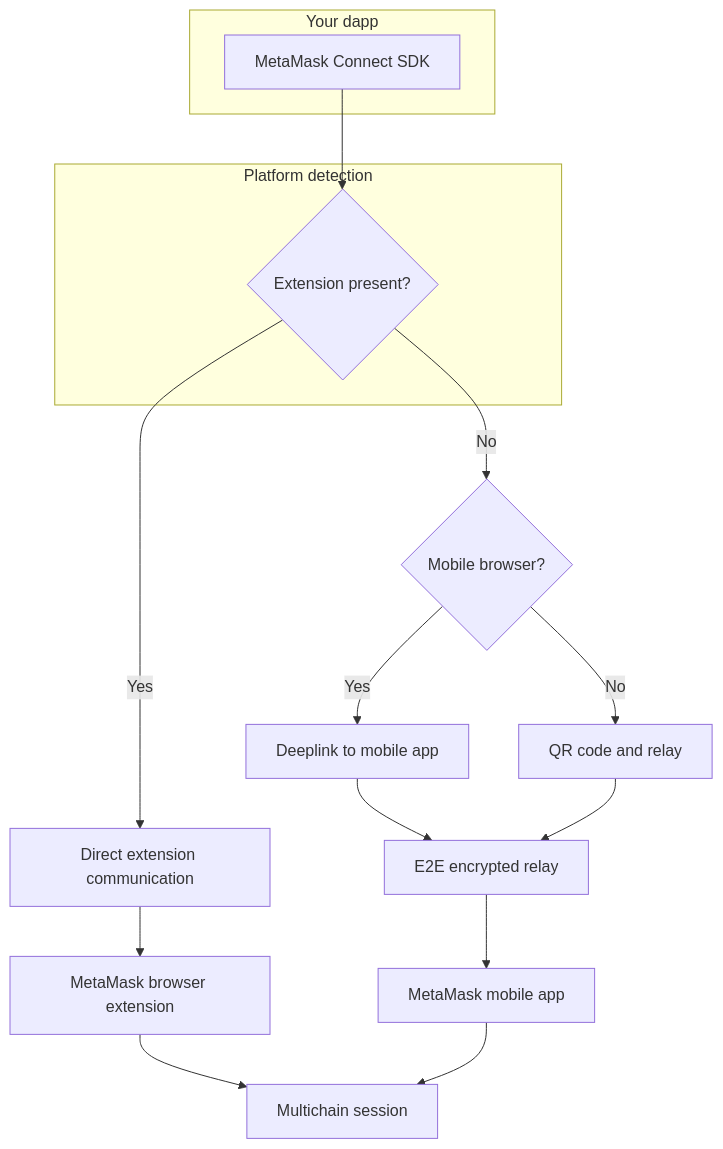
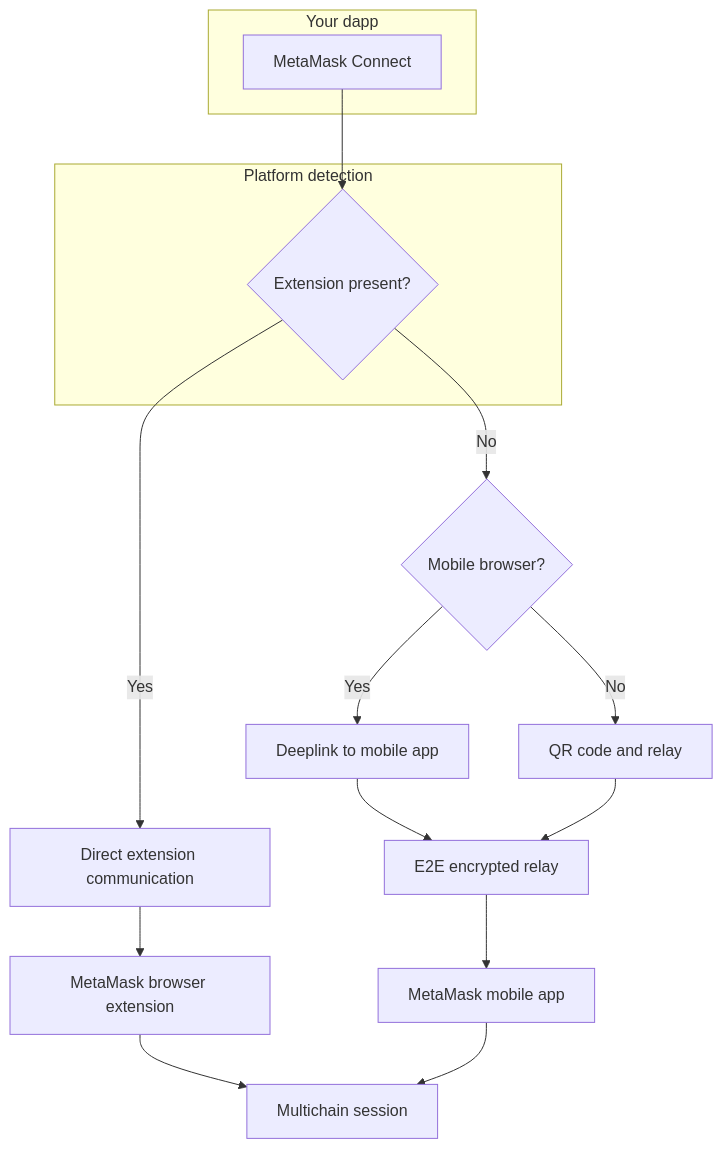
The diagram in metamask-connect/architecture.md (MetaMask/metamask-docs), drawn with Mermaid before and after one commit. The commit also changed 6 other files, not shown here.

````diff
--- a/metamask-connect/architecture.md
+++ b/metamask-connect/architecture.md
@@ -19,25 +19,25 @@
 ```mermaid
 flowchart TB
     subgraph dapp [Your dapp]
-        SDK[MetaMask Connect SDK]
+        SDK[MetaMask Connect]
     end
 
     subgraph detection [Platform detection]
         SDK --> ExtCheck{Extension present?}
     end
 
     ExtCheck -->|Yes| DirectExt[Direct extension communication]
     ExtCheck -->|No| MobileCheck{Mobile browser?}
 
     MobileCheck -->|Yes| Deeplink[Deeplink to mobile app]
     MobileCheck -->|No| QRCode[QR code and relay]
 
     DirectExt --> Extension[MetaMask browser extension]
     Deeplink --> Relay[E2E encrypted relay]
     QRCode --> Relay
 
     Relay --> MobileApp[MetaMask mobile app]
 
     Extension --> Session[Multichain session]
     MobileApp --> Session
 ```
````
